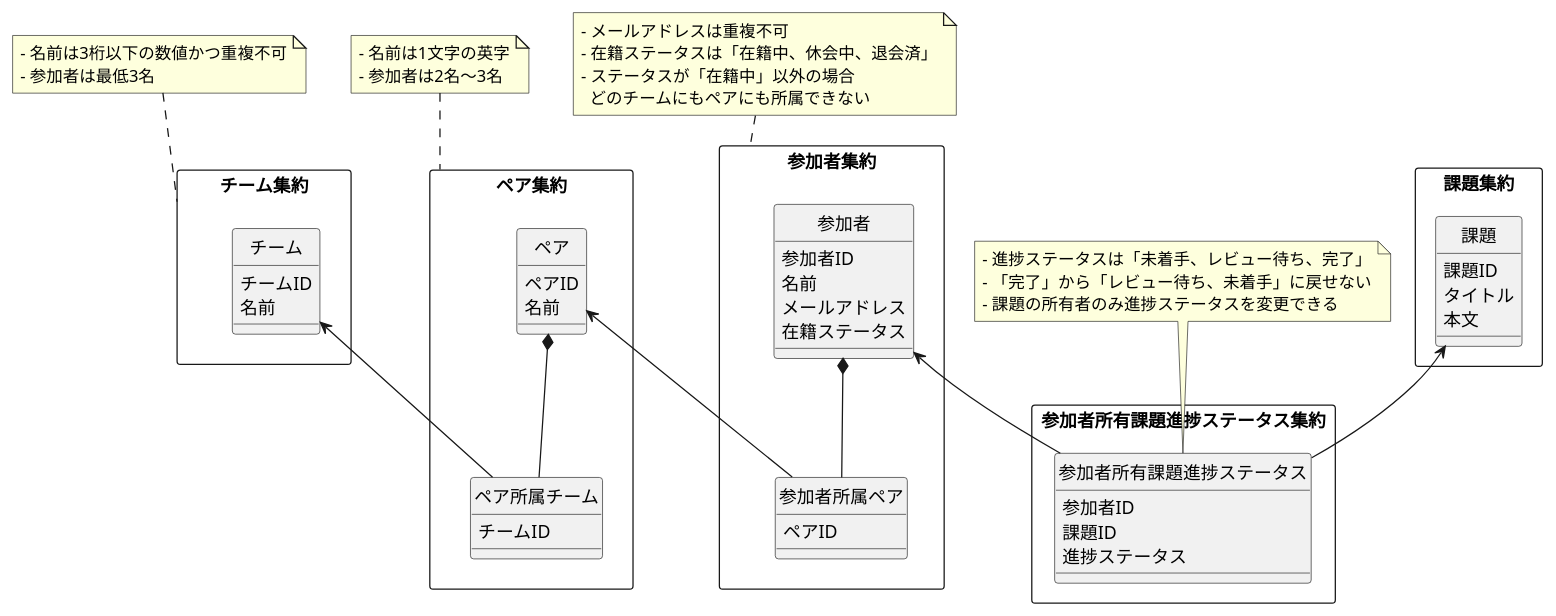
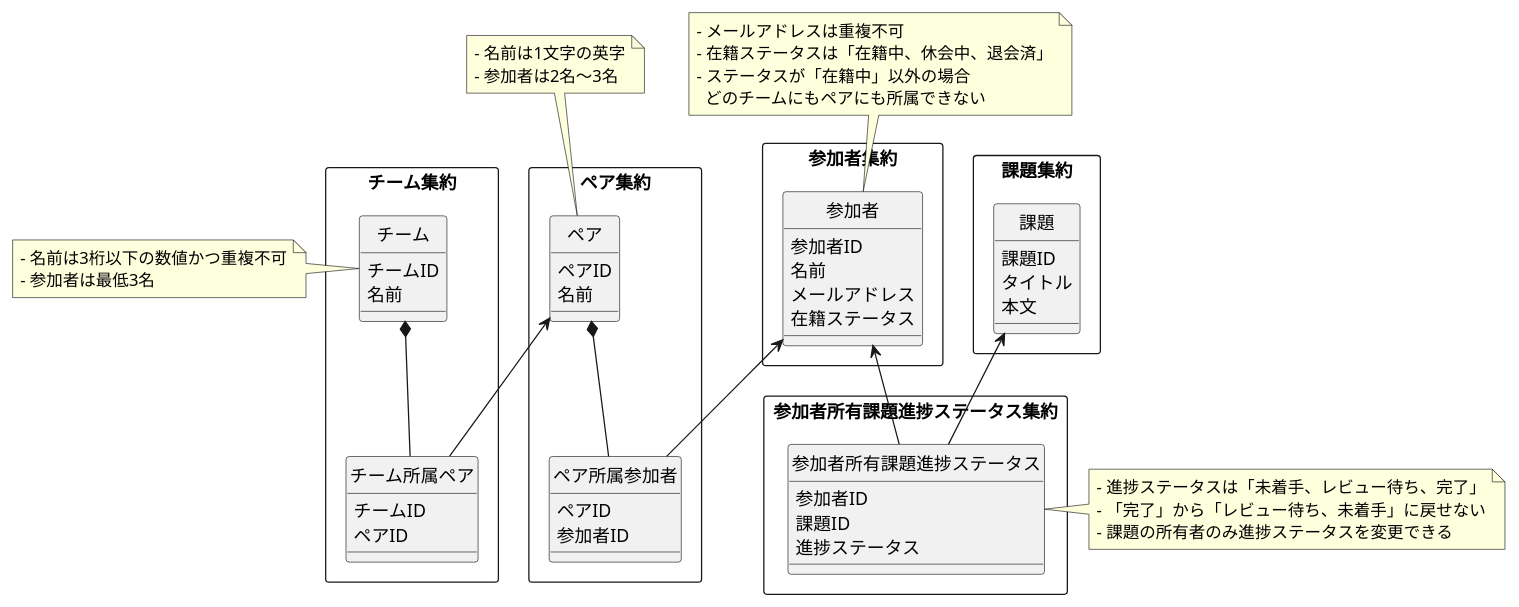
One commit to kooooichi24/praha-challenge-template changed the diagram in design/domain-model/domain-model.wsd. Above: the diagram before and after it, drawn with PlantUML. The commit also changed 1 other file, not shown here.

Commit message:
ドメインモデル図の修正

```diff
--- a/design/domain-model/domain-model.wsd
+++ b/design/domain-model/domain-model.wsd
@@ -1,77 +1,80 @@
 @startuml domain-model
 
 ' hide the spot
 hide circle
 
 rectangle チーム集約 {
   entity チーム {
     チームID
     名前
   }
+  entity チーム所属ペア {
+    チームID
+    ペアID
+  }
 }
-note top of チーム集約
+note left of チーム
 - 名前は3桁以下の数値かつ重複不可
 - 参加者は最低3名
 end note
 
 rectangle ペア集約 {
   entity ペア {
     ペアID
     名前
   }
-  entity ペア所属チーム {
-    チームID
+  entity ペア所属参加者 {
+    ペアID
+    参加者ID
   }
 }
-note top of ペア集約
+note top of ペア
 - 名前は1文字の英字
 - 参加者は2名〜3名
 end note
+
 
 rectangle 参加者集約 {
   entity 参加者 {
     参加者ID
     名前
     メールアドレス
     在籍ステータス
   }
-  entity 参加者所属ペア {
-    ペアID
-  }
 }
-note top of 参加者集約
+note top of 参加者
 - メールアドレスは重複不可
 - 在籍ステータスは「在籍中、休会中、退会済」
 - ステータスが「在籍中」以外の場合
   どのチームにもペアにも所属できない
 end note
 
 rectangle 課題集約 {
   entity 課題 {
     課題ID
     タイトル
     本文
   }
 }
 
 rectangle 参加者所有課題進捗ステータス集約 {
   entity 参加者所有課題進捗ステータス {
     参加者ID
     課題ID
     進捗ステータス
   }
 }
-note top of 参加者所有課題進捗ステータス
+note right of 参加者所有課題進捗ステータス
 - 進捗ステータスは「未着手、レビュー待ち、完了」
 - 「完了」から「レビュー待ち、未着手」に戻せない
 - 課題の所有者のみ進捗ステータスを変更できる
 end note
 
-チーム <-- ペア所属チーム
-ペア *-- ペア所属チーム
-参加者 *-- 参加者所属ペア
-ペア <-- 参加者所属ペア
+チーム *-- チーム所属ペア
+ペア <-- チーム所属ペア
+ペア *-- ペア所属参加者
+参加者 <-- ペア所属参加者
 参加者 <-- 参加者所有課題進捗ステータス
 課題 <-- 参加者所有課題進捗ステータス
 
 @enduml
```
